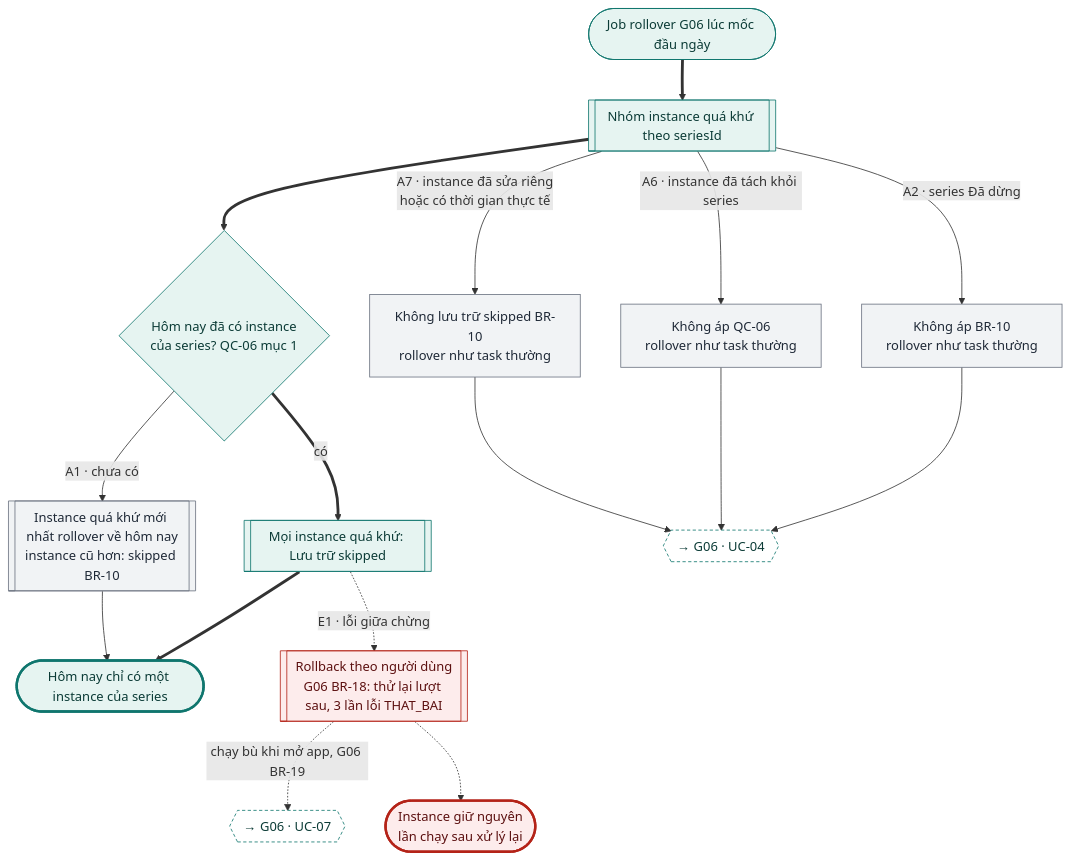
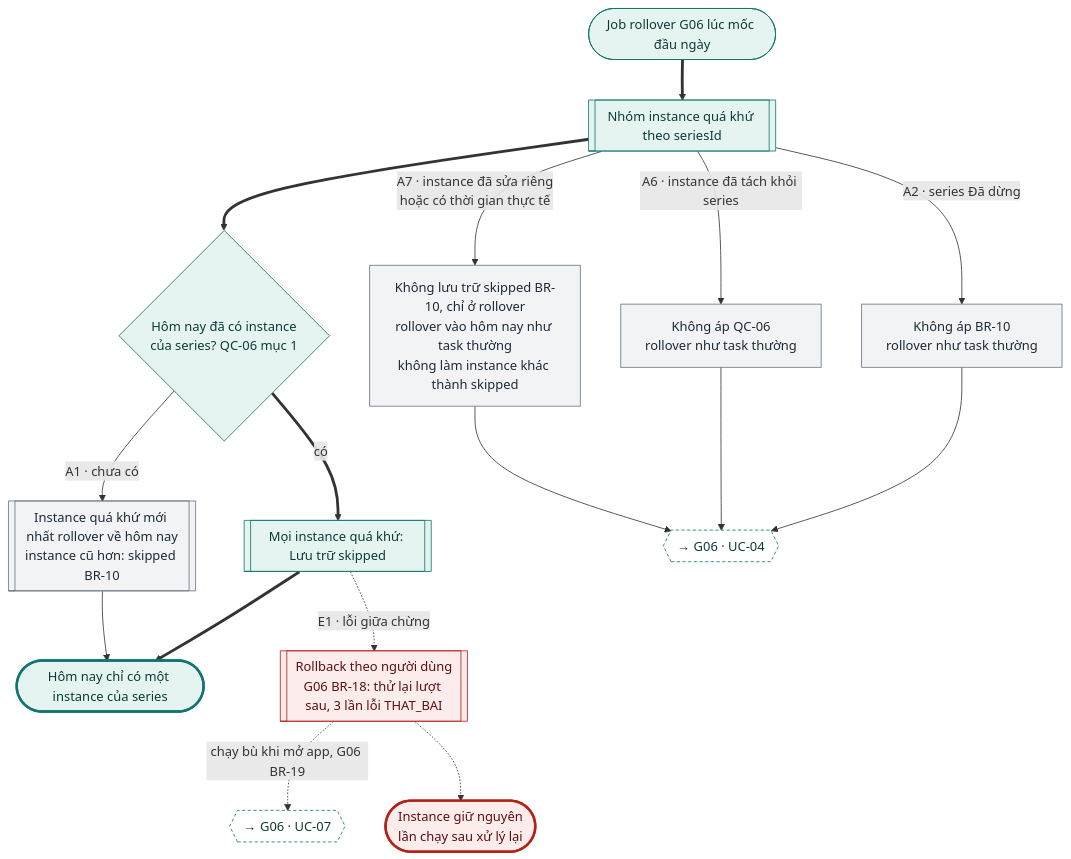
Before and after one commit to tannguyenho/personal-app: diagram 16 of 19 in docs/design-brief/flow/g03-task-lap-lai.md, drawn with Mermaid. The commit also changed other lines of this file and 6 other files, not shown here.

````diff
--- a/docs/design-brief/flow/g03-task-lap-lai.md
+++ b/docs/design-brief/flow/g03-task-lap-lai.md
@@ -662,39 +662,39 @@
 ```mermaid
 flowchart TD
   start(["Job rollover G06 lúc mốc đầu ngày"])
   p1[["Nhóm instance quá khứ theo seriesId"]]
   d1{"Hôm nay đã có instance<br/>của series? QC-06 mục 1"}
   p2[["Mọi instance quá khứ: Lưu trữ skipped"]]
   ok(["Hôm nay chỉ có một instance của series"])
   start ==> p1 ==> d1
   d1 ==>|"có"| p2 ==> ok
 
   d1 -->|"A1 · chưa có"| a1[["Instance quá khứ mới nhất rollover về hôm nay<br/>instance cũ hơn: skipped BR-10"]]
   a1 --> ok
   p1 -->|"A2 · series Đã dừng"| a2["Không áp BR-10<br/>rollover như task thường"]
   p1 -->|"A6 · instance đã tách khỏi series"| a6["Không áp QC-06<br/>rollover như task thường"]
-  p1 -->|"A7 · instance đã sửa riêng<br/>hoặc có thời gian thực tế"| a7["Không lưu trữ skipped BR-10<br/>rollover như task thường"]
+  p1 -->|"A7 · instance đã sửa riêng<br/>hoặc có thời gian thực tế"| a7["Không lưu trữ skipped BR-10, chỉ ở rollover<br/>rollover vào hôm nay như task thường<br/>không làm instance khác thành skipped"]
   a2 --> x1{{"→ G06 · UC-04"}}
   a6 --> x1
   a7 --> x1
 
   p2 -.->|"E1 · lỗi giữa chừng"| e1[["Rollback theo người dùng<br/>G06 BR-18: thử lại lượt sau, 3 lần lỗi THAT_BAI"]]
   e1 -.->|"chạy bù khi mở app, G06 BR-19"| e1x{{"→ G06 · UC-07"}}
   e1 -.-> fail(["Instance giữ nguyên<br/>lần chạy sau xử lý lại"])
 
   class start,p1,d1,p2 happy
   class a1,a2,a6,a7 alt
   class x1,e1x link
   class e1 err
   class ok done
   class fail fail
   classDef happy fill:#E6F4F1,stroke:#0F766E,color:#0B3B36
   classDef alt fill:#F1F3F5,stroke:#6B7280,color:#1F2937
   classDef err fill:#FDECEC,stroke:#B42318,color:#5C1010
   classDef warn fill:#FEF4E2,stroke:#B45309,color:#4A2604
   classDef ai fill:#F1ECFD,stroke:#6D28D9,color:#2E1065
   classDef sync fill:#FFFFFF,stroke:#6B7280,stroke-dasharray:4 3,color:#1F2937
   classDef link fill:#FFFFFF,stroke:#0F766E,stroke-dasharray:4 3,color:#0B3B36
   classDef done fill:#E6F4F1,stroke:#0F766E,stroke-width:3px,color:#0B3B36
   classDef fail fill:#FDECEC,stroke:#B42318,stroke-width:3px,color:#5C1010
 ```
````
